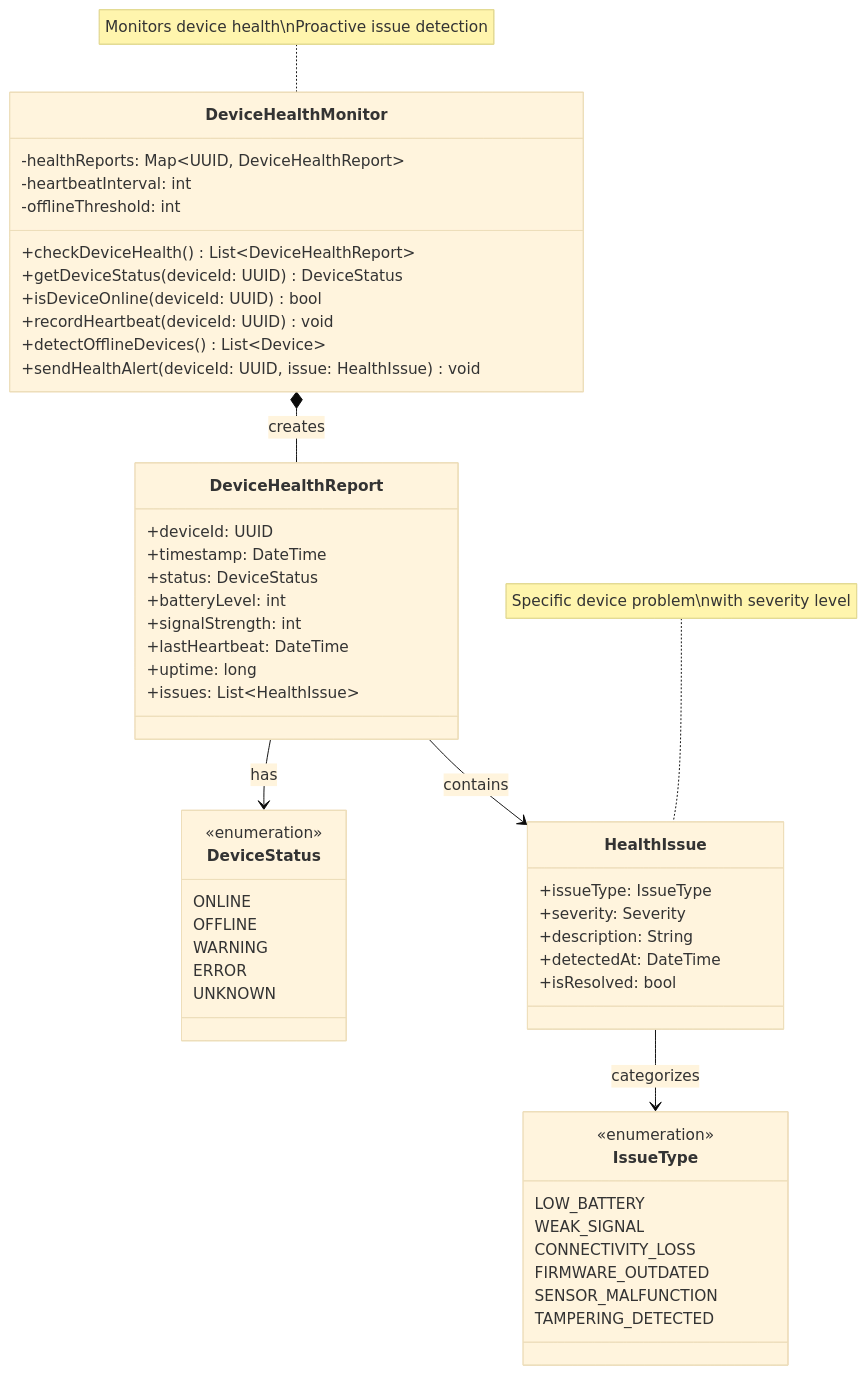
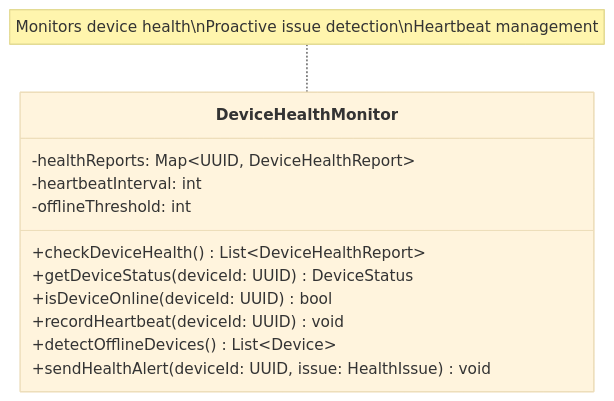
Before and after one commit to mj010101/swe_25f: the ninth of 18 diagrams in diagrams/business_class_diagram.md, drawn with Mermaid (base theme). The commit also changed other lines of this file, not shown here.

Commit message:
fix: business class diagram

````diff
--- a/diagrams/business_class_diagram.md
+++ b/diagrams/business_class_diagram.md
@@ -635,62 +317,18 @@
 ```mermaid
 classDiagram
     direction TB
 
     class DeviceHealthMonitor {
         -healthReports: Map~UUID, DeviceHealthReport~
         -heartbeatInterval: int
         -offlineThreshold: int
         +checkDeviceHealth() List~DeviceHealthReport~
         +getDeviceStatus(deviceId: UUID) DeviceStatus
         +isDeviceOnline(deviceId: UUID) bool
         +recordHeartbeat(deviceId: UUID) void
         +detectOfflineDevices() List~Device~
         +sendHealthAlert(deviceId: UUID, issue: HealthIssue) void
     }
 
-    class DeviceHealthReport {
-        +deviceId: UUID
-        +timestamp: DateTime
-        +status: DeviceStatus
-        +batteryLevel: int
-        +signalStrength: int
-        +lastHeartbeat: DateTime
-        +uptime: long
-        +issues: List~HealthIssue~
-    }
-
-    class DeviceStatus {
-        <<enumeration>>
-        ONLINE
-        OFFLINE
-        WARNING
-        ERROR
-        UNKNOWN
-    }
-
-    class HealthIssue {
-        +issueType: IssueType
-        +severity: Severity
-        +description: String
-        +detectedAt: DateTime
-        +isResolved: bool
-    }
-
-    class IssueType {
-        <<enumeration>>
-        LOW_BATTERY
-        WEAK_SIGNAL
-        CONNECTIVITY_LOSS
-        FIRMWARE_OUTDATED
-        SENSOR_MALFUNCTION
-        TAMPERING_DETECTED
-    }
-
-    DeviceHealthMonitor *-- DeviceHealthReport : creates
-    DeviceHealthReport --> DeviceStatus : has
-    DeviceHealthReport --> HealthIssue : contains
-    HealthIssue --> IssueType : categorizes
-
-    note for DeviceHealthMonitor "Monitors device health\nProactive issue detection"
-    note for HealthIssue "Specific device problem\nwith severity level"
+    note for DeviceHealthMonitor "Monitors device health\nProactive issue detection\nHeartbeat management"
 ```
````
